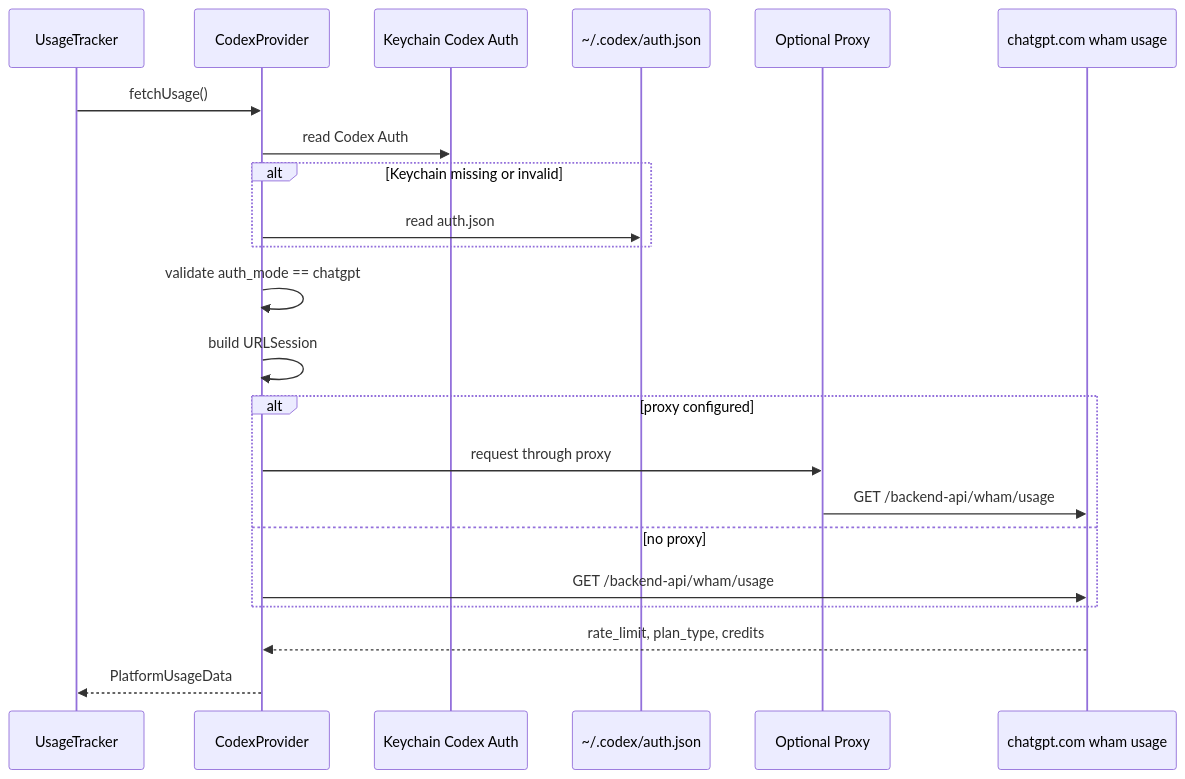
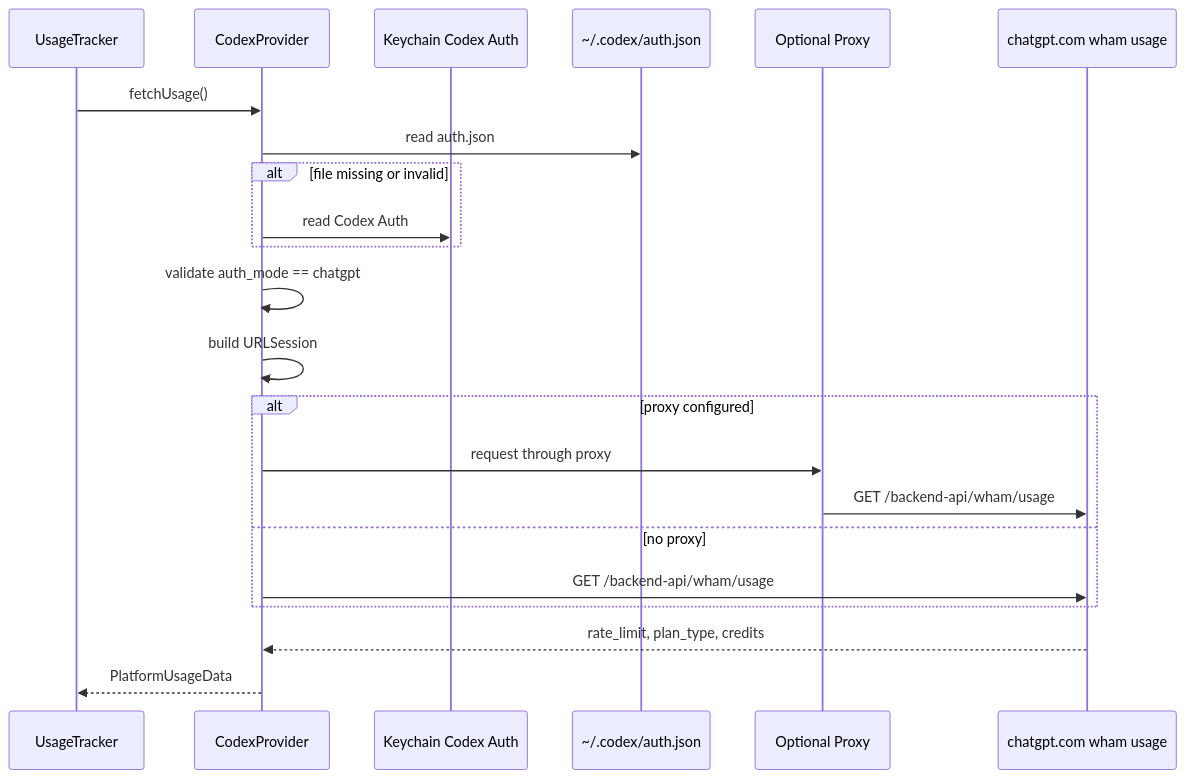
Before and after one commit to wayyoungboy/code_bar: the fifth of 6 diagrams in docs/uml-diagrams.md, drawn with Mermaid. The commit also changed other lines of this file and 14 other files, not shown here.

````diff
--- a/docs/uml-diagrams.md
+++ b/docs/uml-diagrams.md
@@ -142,25 +163,25 @@
 ```mermaid
 sequenceDiagram
     participant Tracker as UsageTracker
     participant Codex as CodexProvider
     participant Keychain as Keychain Codex Auth
     participant File as ~/.codex/auth.json
     participant Proxy as Optional Proxy
     participant API as chatgpt.com wham usage
 
     Tracker->>Codex: fetchUsage()
-    Codex->>Keychain: read Codex Auth
-    alt Keychain missing or invalid
-        Codex->>File: read auth.json
+    Codex->>File: read auth.json
+    alt file missing or invalid
+        Codex->>Keychain: read Codex Auth
     end
     Codex->>Codex: validate auth_mode == chatgpt
     Codex->>Codex: build URLSession
     alt proxy configured
         Codex->>Proxy: request through proxy
         Proxy->>API: GET /backend-api/wham/usage
     else no proxy
         Codex->>API: GET /backend-api/wham/usage
     end
     API-->>Codex: rate_limit, plan_type, credits
     Codex-->>Tracker: PlatformUsageData
 ```
````
